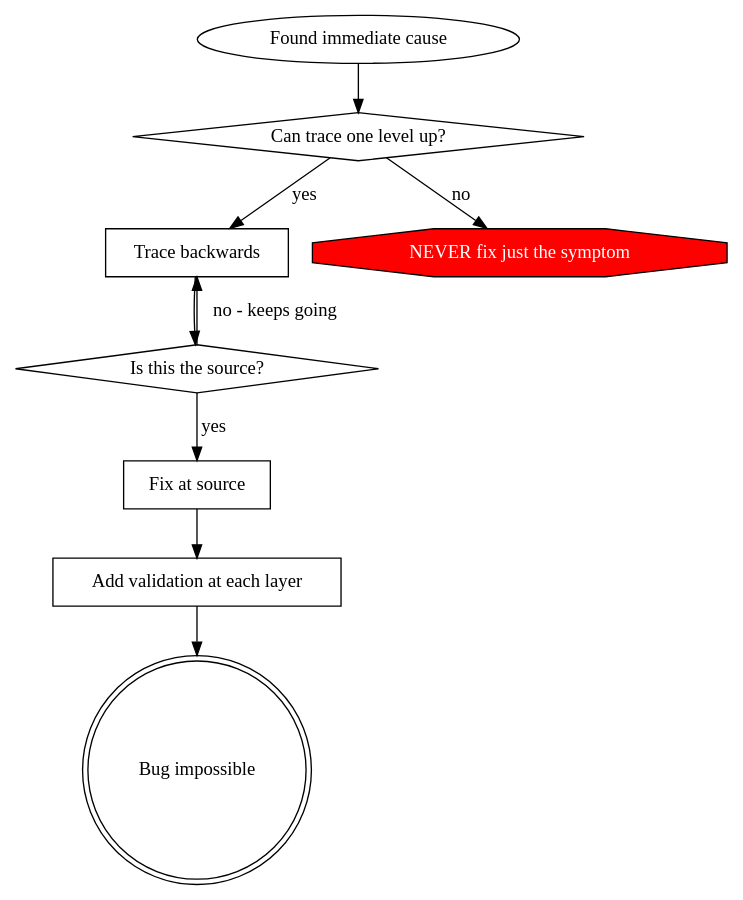
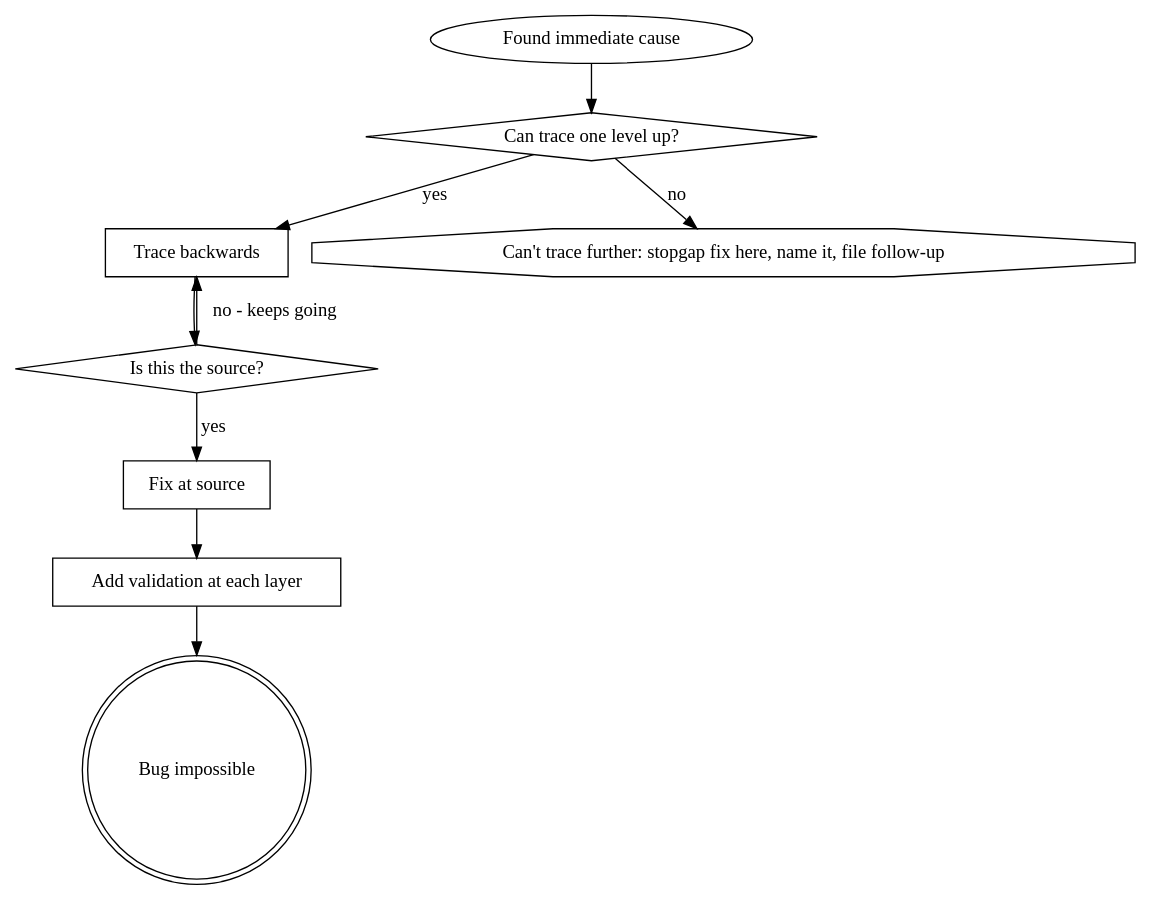
The second of 2 diagrams in skills/programming/systematic-debugging/root-cause-tracing.md (BumpyClock/dotfiles), drawn with Graphviz before and after one commit. The commit also changed other lines of this file and 30 other files, not shown here.

````diff
--- a/skills/programming/systematic-debugging/root-cause-tracing.md
+++ b/skills/programming/systematic-debugging/root-cause-tracing.md
@@ -132,21 +132,21 @@
 ```dot
 digraph principle {
     "Found immediate cause" [shape=ellipse];
     "Can trace one level up?" [shape=diamond];
     "Trace backwards" [shape=box];
     "Is this the source?" [shape=diamond];
     "Fix at source" [shape=box];
     "Add validation at each layer" [shape=box];
     "Bug impossible" [shape=doublecircle];
-    "NEVER fix just the symptom" [shape=octagon, style=filled, fillcolor=red, fontcolor=white];
+    "Can't trace further: stopgap fix here, name it, file follow-up" [shape=octagon];
 
     "Found immediate cause" -> "Can trace one level up?";
     "Can trace one level up?" -> "Trace backwards" [label="yes"];
-    "Can trace one level up?" -> "NEVER fix just the symptom" [label="no"];
+    "Can trace one level up?" -> "Can't trace further: stopgap fix here, name it, file follow-up" [label="no"];
     "Trace backwards" -> "Is this the source?";
     "Is this the source?" -> "Trace backwards" [label="no - keeps going"];
     "Is this the source?" -> "Fix at source" [label="yes"];
     "Fix at source" -> "Add validation at each layer";
     "Add validation at each layer" -> "Bug impossible";
 }
 ```
````
